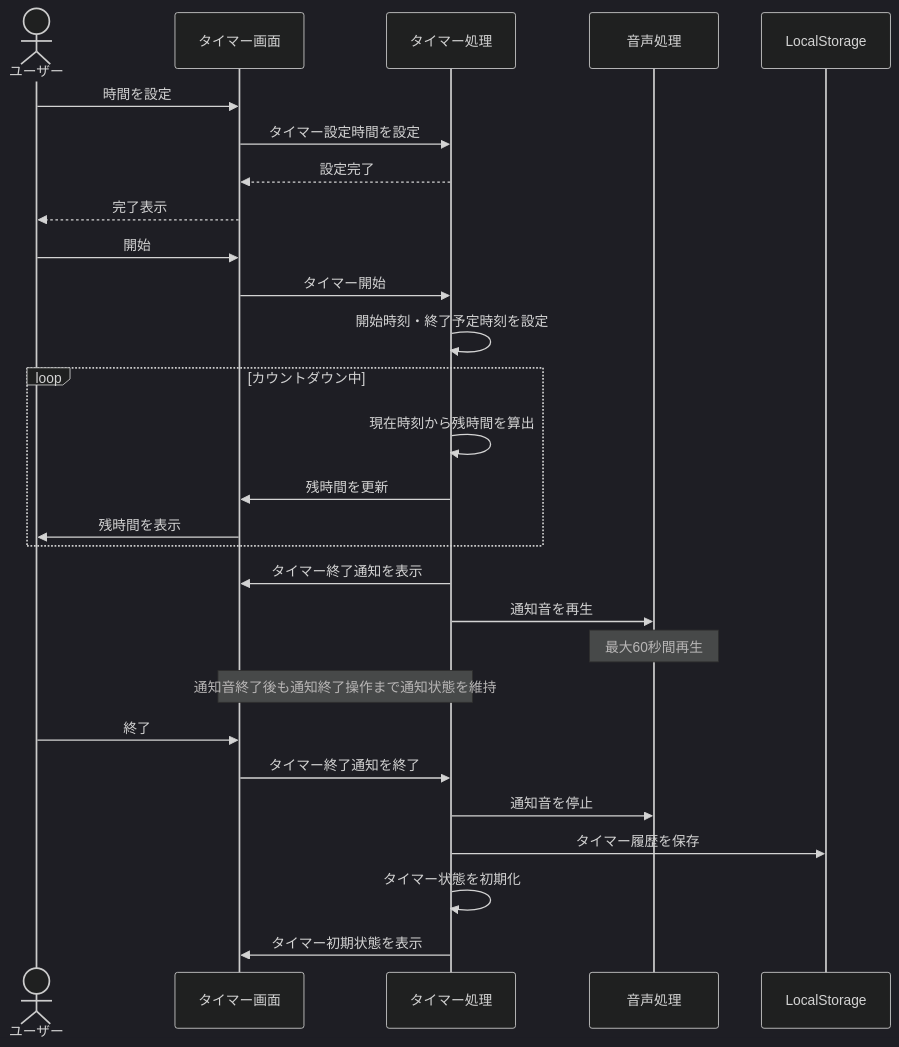
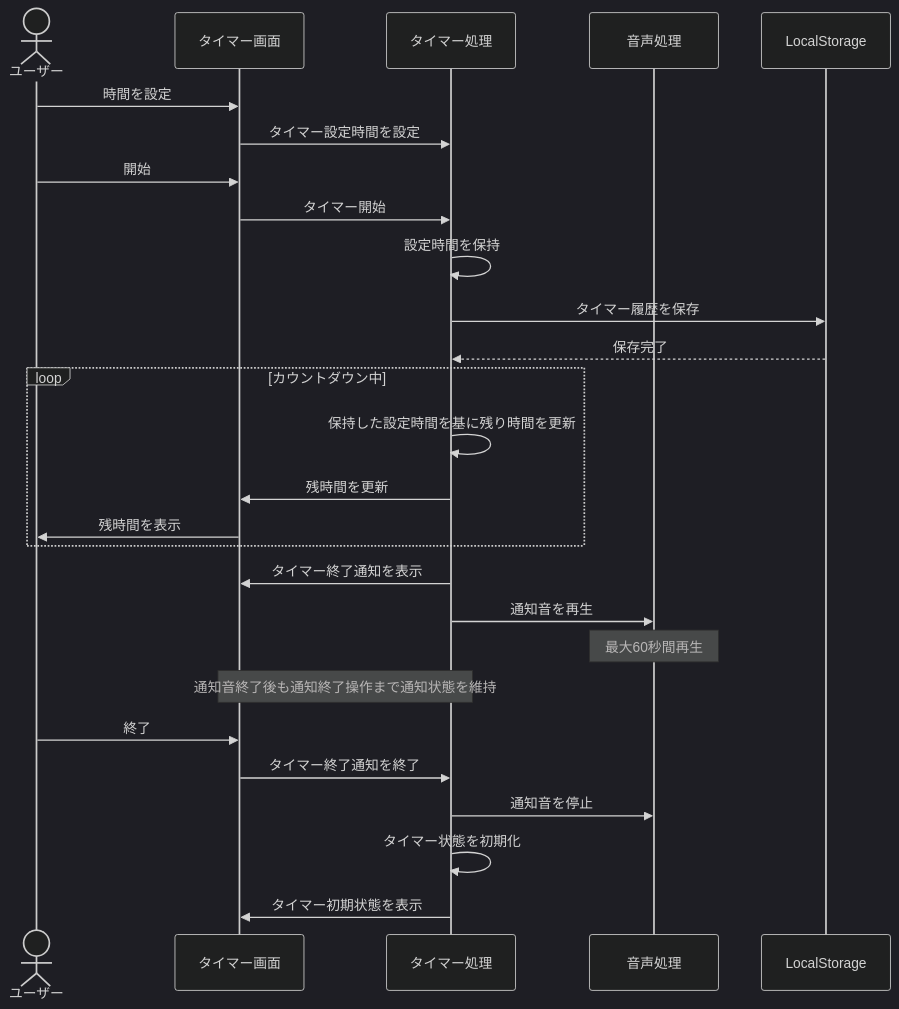
Before and after one commit to shun62201234-crypto/timerApplication: the first of 6 diagrams in document/設計/シーケンス図/タイマーシーケンス図.md, drawn with Mermaid (dark theme). The commit also changed other lines of this file, not shown here.

First line of the commit message:
タイマー側シーケンス図修正

````diff
--- a/document/設計/シーケンス図/タイマーシーケンス図.md
+++ b/document/設計/シーケンス図/タイマーシーケンス図.md
@@ -3,38 +3,39 @@
 ```mermaid
 sequenceDiagram
     actor ユーザー
     participant UI as タイマー画面
     participant Timer as タイマー処理
     participant Audio as 音声処理
     participant Storage as LocalStorage
 
     ユーザー->>UI: 時間を設定
     UI->>Timer: タイマー設定時間を設定
-    Timer-->>UI: 設定完了
-    UI-->>ユーザー: 完了表示
 
     ユーザー->>UI: 開始
     UI->>Timer: タイマー開始
-    Timer->>Timer: 開始時刻・終了予定時刻を設定
+    Timer->>Timer: 設定時間を保持
+
+    Timer->>Storage: タイマー履歴を保存
+    Storage-->>Timer: 保存完了
 
     loop カウントダウン中
-        Timer->>Timer: 現在時刻から残時間を算出
+        Timer->>Timer: 保持した設定時間を基に残り時間を更新
         Timer->>UI: 残時間を更新
         UI->>ユーザー: 残時間を表示
     end
 
     Timer->>UI: タイマー終了通知を表示
     Timer->>Audio: 通知音を再生
 
     Note over Audio: 最大60秒間再生
     Note over Timer,UI: 通知音終了後も通知終了操作まで通知状態を維持
 
     ユーザー->>UI: 終了
     UI->>Timer: タイマー終了通知を終了
 
     Timer->>Audio: 通知音を停止
-    Timer->>Storage: タイマー履歴を保存
+    
 
     Timer->>Timer: タイマー状態を初期化
     Timer->>UI: タイマー初期状態を表示
 ```
````
